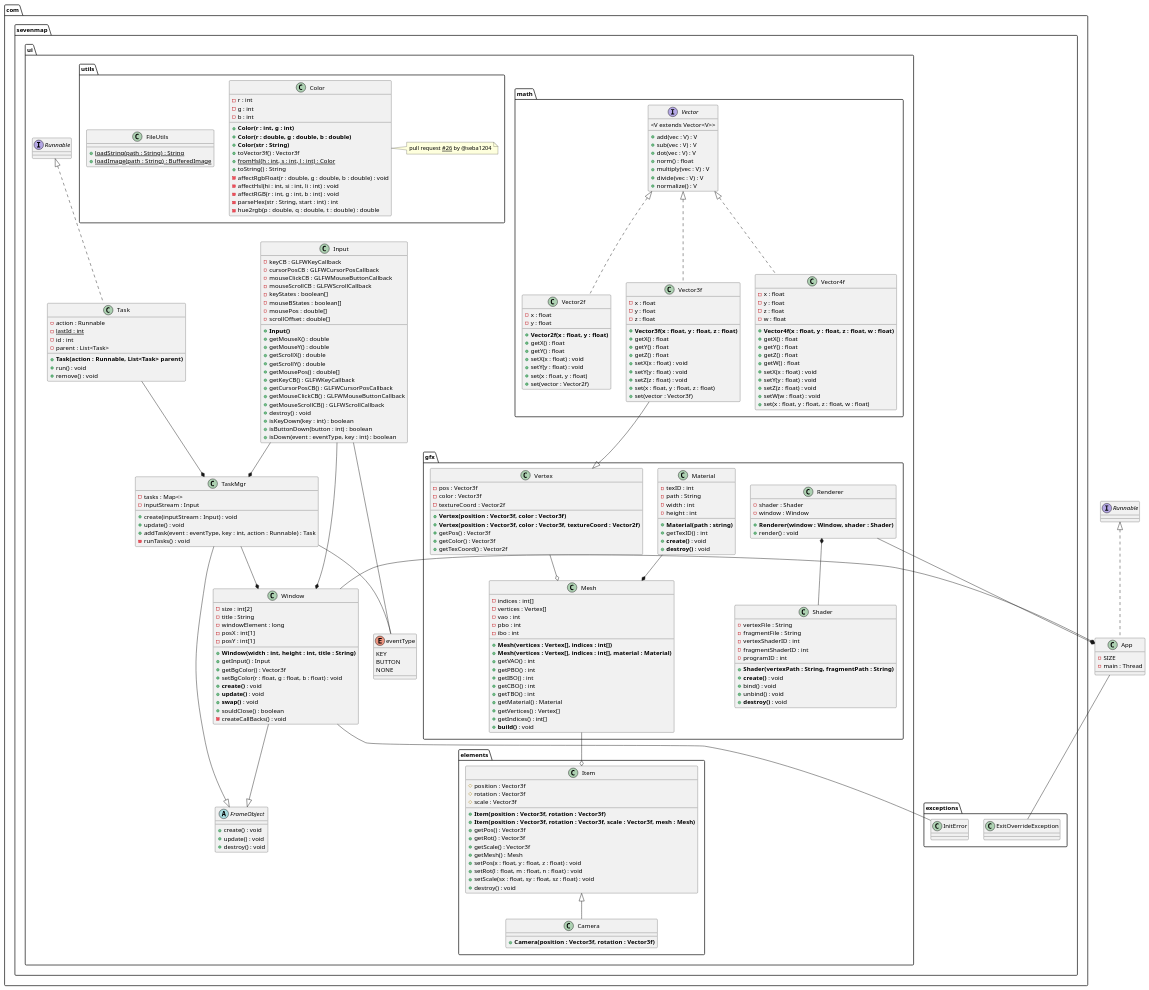
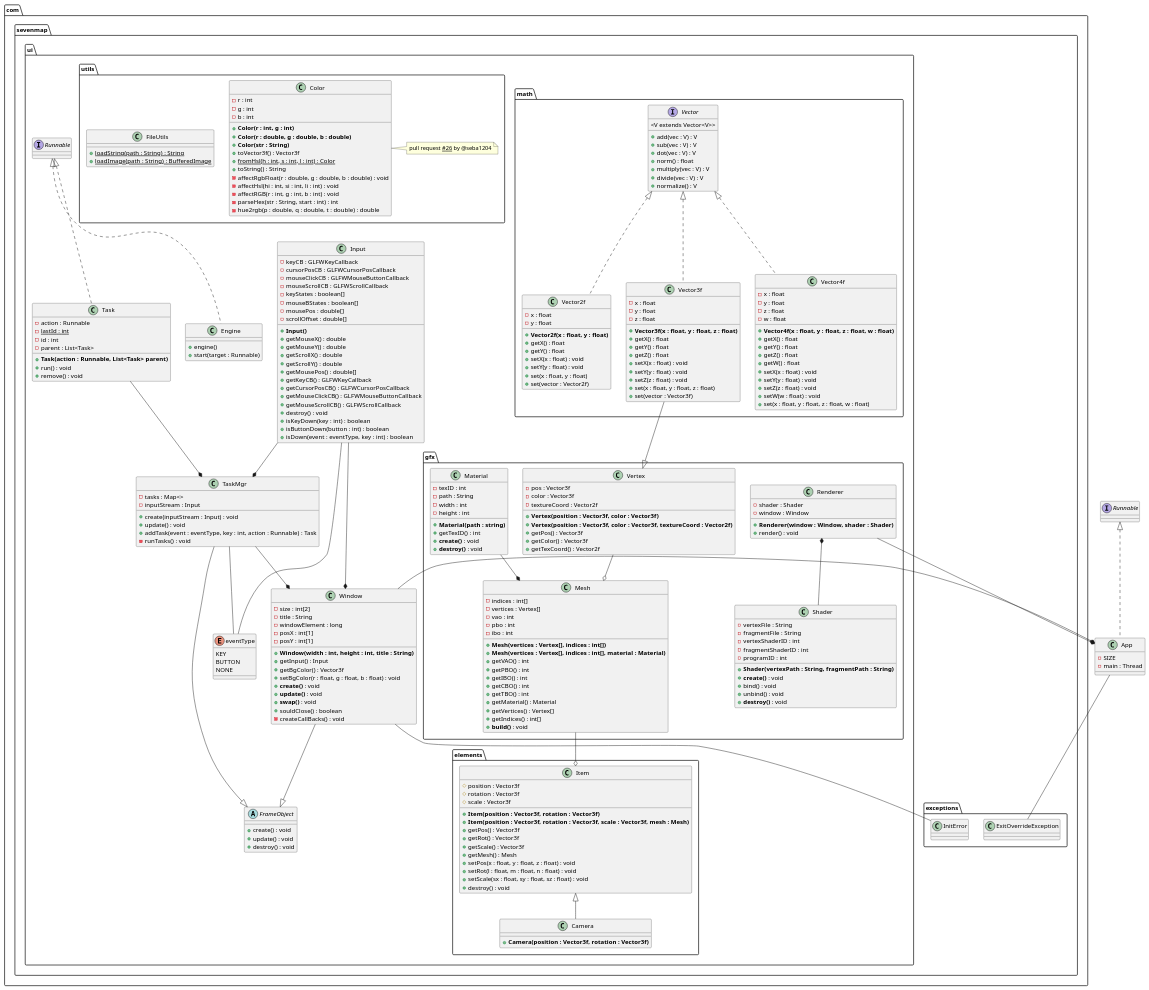
One commit to photonsquid/7map changed the diagram in doc/meetings/team-rendering/diagram_rendering.plantuml. Above: the diagram before and after it, drawn with PlantUML. The commit also changed 11 other files, not shown here.

```diff
--- a/doc/meetings/team-rendering/diagram_rendering.plantuml
+++ b/doc/meetings/team-rendering/diagram_rendering.plantuml
@@ -18,6 +18,11 @@
     }
 }
 package com.sevenmap.ui {
+    
+    class Engine implements Runnable {
+        + engine()
+        + start(target : Runnable)
+    }
     
     class Window {
         - size : int[2]
```
